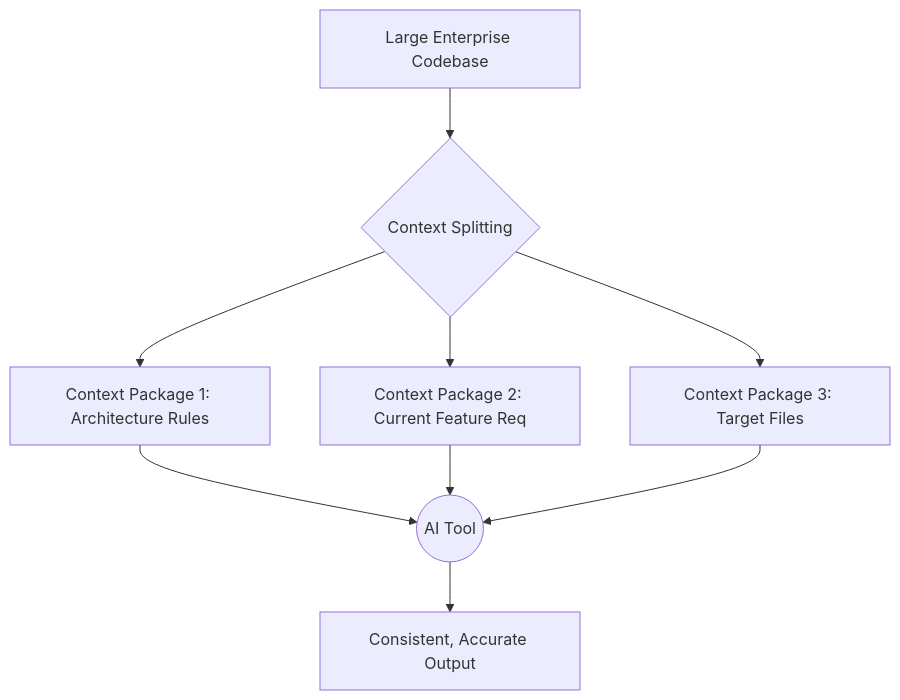
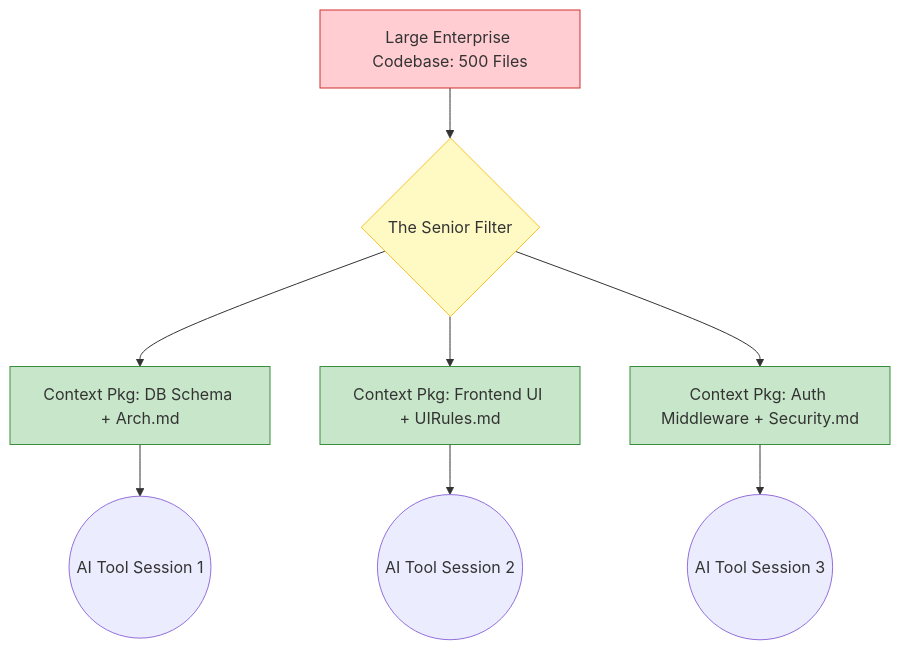
Before and after one commit to dhanesh-vaishnav96/AIBuilder.md: the diagram in Part 3 - AI Context Engineering.md, drawn with Mermaid. The commit also changed other lines of this file and 11 other files, not shown here.

````diff
--- a/Part 3 - AI Context Engineering.md
+++ b/Part 3 - AI Context Engineering.md
@@ -17,13 +23,17 @@
 ```mermaid
 graph TD
-    A[Large Enterprise Codebase] --> B{Context Splitting}
-    B --> C[Context Package 1: Architecture Rules]
-    B --> D[Context Package 2: Current Feature Req]
-    B --> E[Context Package 3: Target Files]
+    A[Large Enterprise Codebase: 500 Files] --> B{The Senior Filter}
+    B --> C[Context Pkg: DB Schema + Arch.md]
+    B --> D[Context Pkg: Frontend UI + UIRules.md]
+    B --> E[Context Pkg: Auth Middleware + Security.md]
     
-    C --> F((AI Tool))
-    D --> F
-    E --> F
+    C --> F((AI Tool Session 1))
+    D --> G((AI Tool Session 2))
+    E --> H((AI Tool Session 3))
     
-    F --> G[Consistent, Accurate Output]
+    style A fill:#ffcdd2,stroke:#d32f2f
+    style B fill:#fff9c4,stroke:#fbc02d
+    style C fill:#c8e6c9,stroke:#388e3c
+    style D fill:#c8e6c9,stroke:#388e3c
+    style E fill:#c8e6c9,stroke:#388e3c
 ```
````
